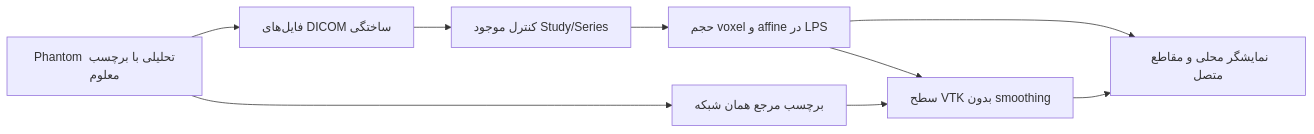
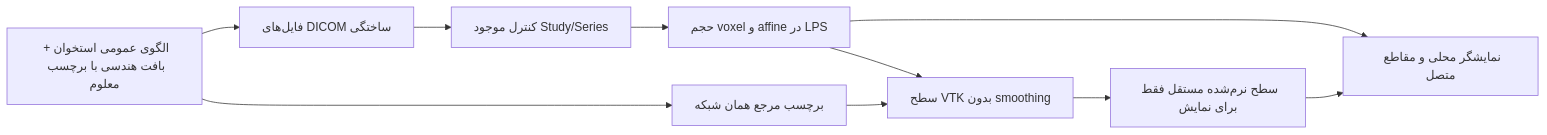
The diagram in docs/SYNTHETIC_KNEE_3D_FA.md (kianariai-alt/4B-MOS), drawn with Mermaid before and after one commit. The commit also changed other lines of this file and 14 other files, not shown here.

````diff
--- a/docs/SYNTHETIC_KNEE_3D_FA.md
+++ b/docs/SYNTHETIC_KNEE_3D_FA.md
@@ -11,11 +11,12 @@
 ```mermaid
 flowchart LR
-  P[Phantom تحلیلی با برچسب معلوم] --> D[فایل‌های DICOM ساختگی]
+  P[الگوی عمومی استخوان + بافت هندسی با برچسب معلوم] --> D[فایل‌های DICOM ساختگی]
   D --> G[کنترل موجود Study/Series]
   G --> V[حجم voxel و affine در LPS]
   P --> L[برچسب مرجع همان شبکه]
   V --> S[سطح VTK بدون smoothing]
   L --> S
   V --> B[نمایشگر محلی و مقاطع متصل]
-  S --> B
+  S --> M[سطح نرم‌شده مستقل فقط برای نمایش]
+  M --> B
 ```
````
